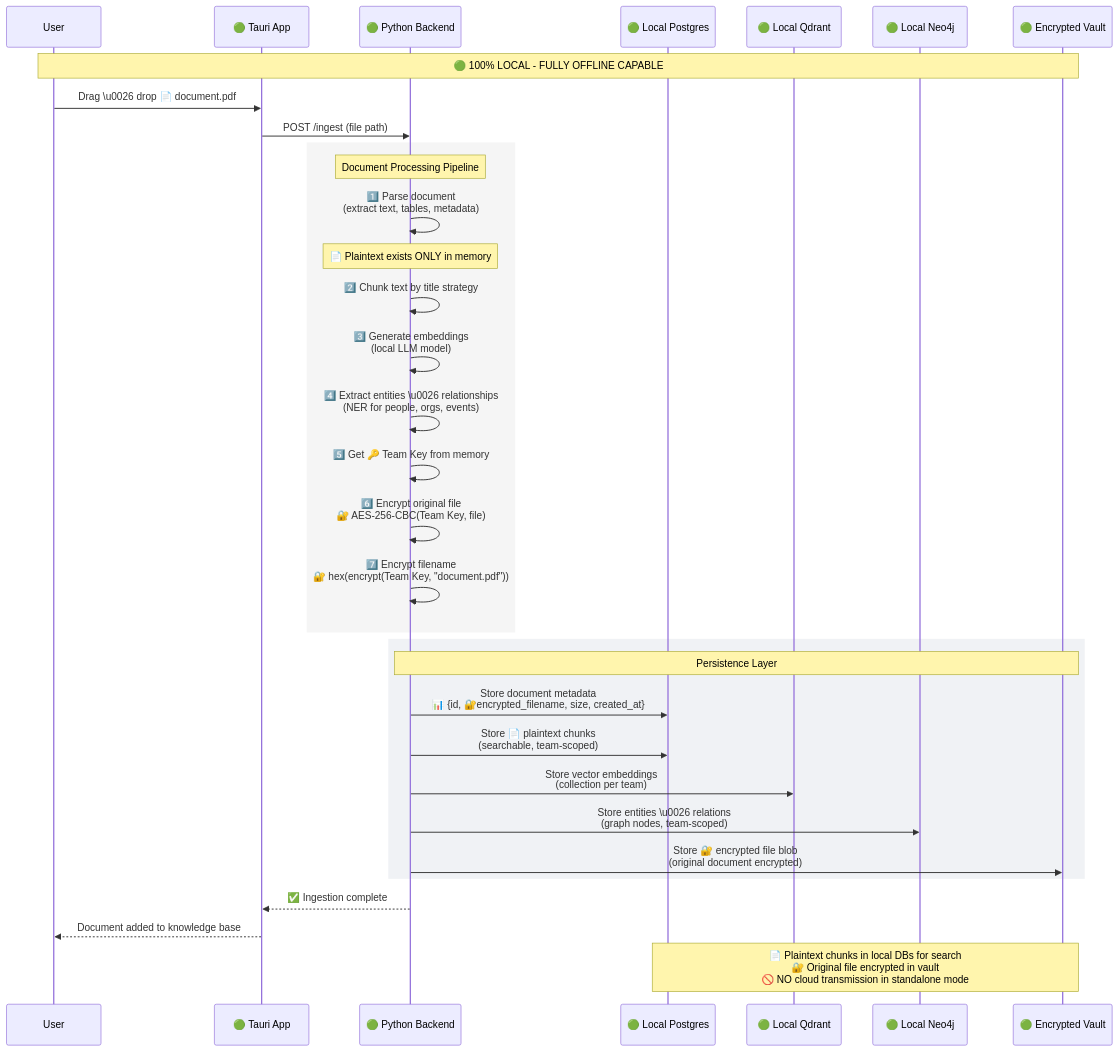
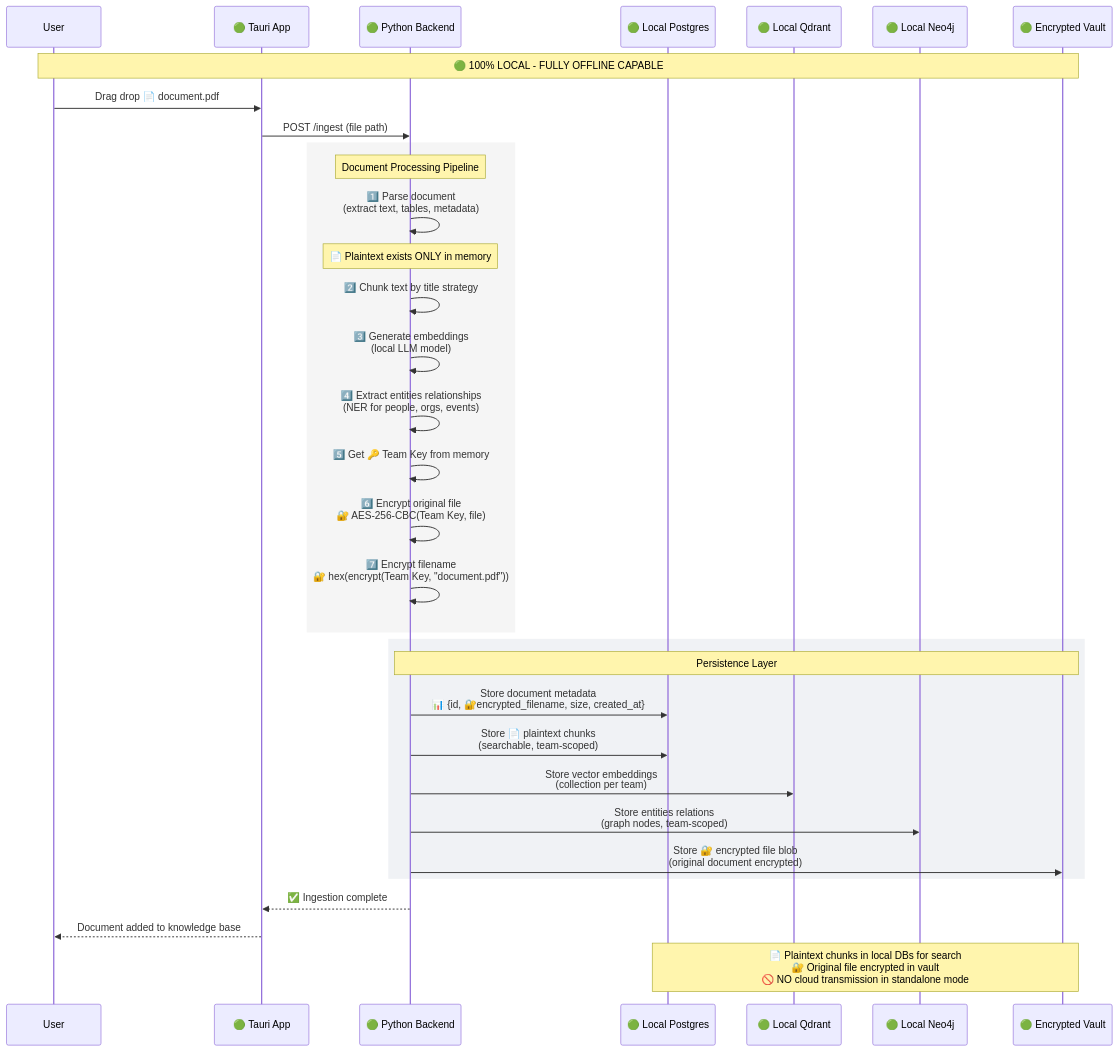
The third of 11 diagrams in 07a. Security Flow Diagrams.md (getagencyapp/docs), drawn with Mermaid before and after one commit. The commit also changed other lines of this file, not shown here.

Commit message:
Update security flow diagrams for clarity and consistency

````diff
--- a/07a. Security Flow Diagrams.md
+++ b/07a. Security Flow Diagrams.md
@@ -91,50 +91,50 @@
 ```mermaid
 sequenceDiagram
     participant User
     participant TauriApp as 🟢 Tauri App
     participant PyBackend as 🟢 Python Backend
     participant Postgres as 🟢 Local Postgres
     participant Qdrant as 🟢 Local Qdrant
     participant Neo4j as 🟢 Local Neo4j
     participant Vault as 🟢 Encrypted Vault
 
     Note over User,Vault: 🟢 100% LOCAL - FULLY OFFLINE CAPABLE
     
-    User->>TauriApp: Drag \u0026 drop 📄 document.pdf
+    User->>TauriApp: Drag drop 📄 document.pdf
     TauriApp->>PyBackend: POST /ingest (file path)
     
     rect rgb(245, 245, 245)
         Note over PyBackend: Document Processing Pipeline
         
         PyBackend->>PyBackend: 1️⃣ Parse document<br/>(extract text, tables, metadata)
         Note over PyBackend: 📄 Plaintext exists ONLY in memory
         
         PyBackend->>PyBackend: 2️⃣ Chunk text by title strategy
         
         PyBackend->>PyBackend: 3️⃣ Generate embeddings<br/>(local LLM model)
         
-        PyBackend->>PyBackend: 4️⃣ Extract entities \u0026 relationships<br/>(NER for people, orgs, events)
+        PyBackend->>PyBackend: 4️⃣ Extract entities relationships<br/>(NER for people, orgs, events)
         
         PyBackend->>PyBackend: 5️⃣ Get 🔑 Team Key from memory
         PyBackend->>PyBackend: 6️⃣ Encrypt original file<br/>🔐 AES-256-CBC(Team Key, file)
         PyBackend->>PyBackend: 7️⃣ Encrypt filename<br/>🔐 hex(encrypt(Team Key, "document.pdf"))
     end
     
     rect rgb(240, 242, 245)
         Note over PyBackend,Vault: Persistence Layer
         
         PyBackend->>Postgres: Store document metadata<br/>📊 {id, 🔐encrypted_filename, size, created_at}
         PyBackend->>Postgres: Store 📄 plaintext chunks<br/>(searchable, team-scoped)
         
         PyBackend->>Qdrant: Store vector embeddings<br/>(collection per team)
         
-        PyBackend->>Neo4j: Store entities \u0026 relations<br/>(graph nodes, team-scoped)
+        PyBackend->>Neo4j: Store entities relations<br/>(graph nodes, team-scoped)
         
         PyBackend->>Vault: Store 🔐 encrypted file blob<br/>(original document encrypted)
     end
     
     PyBackend-->>TauriApp: ✅ Ingestion complete
     TauriApp-->>User: Document added to knowledge base
     
     Note over Postgres,Vault: 📄 Plaintext chunks in local DBs for search<br/>🔐 Original file encrypted in vault<br/>🚫 NO cloud transmission in standalone mode
 ```
````
